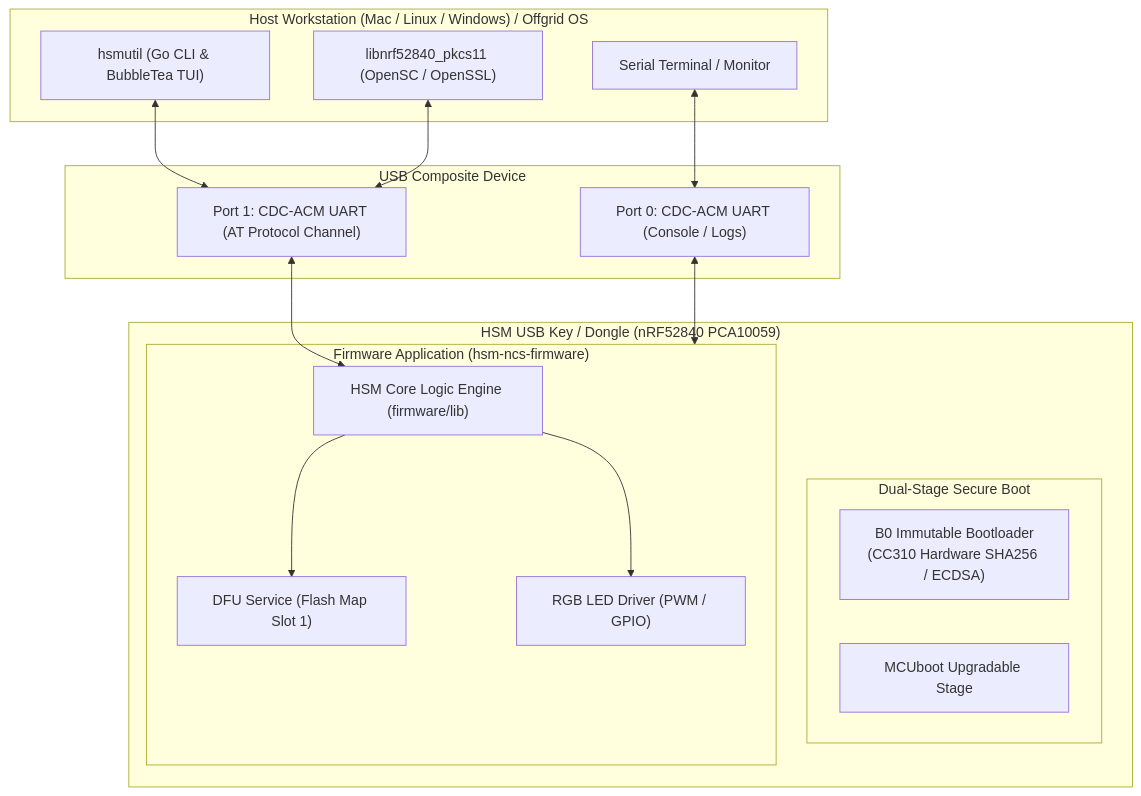
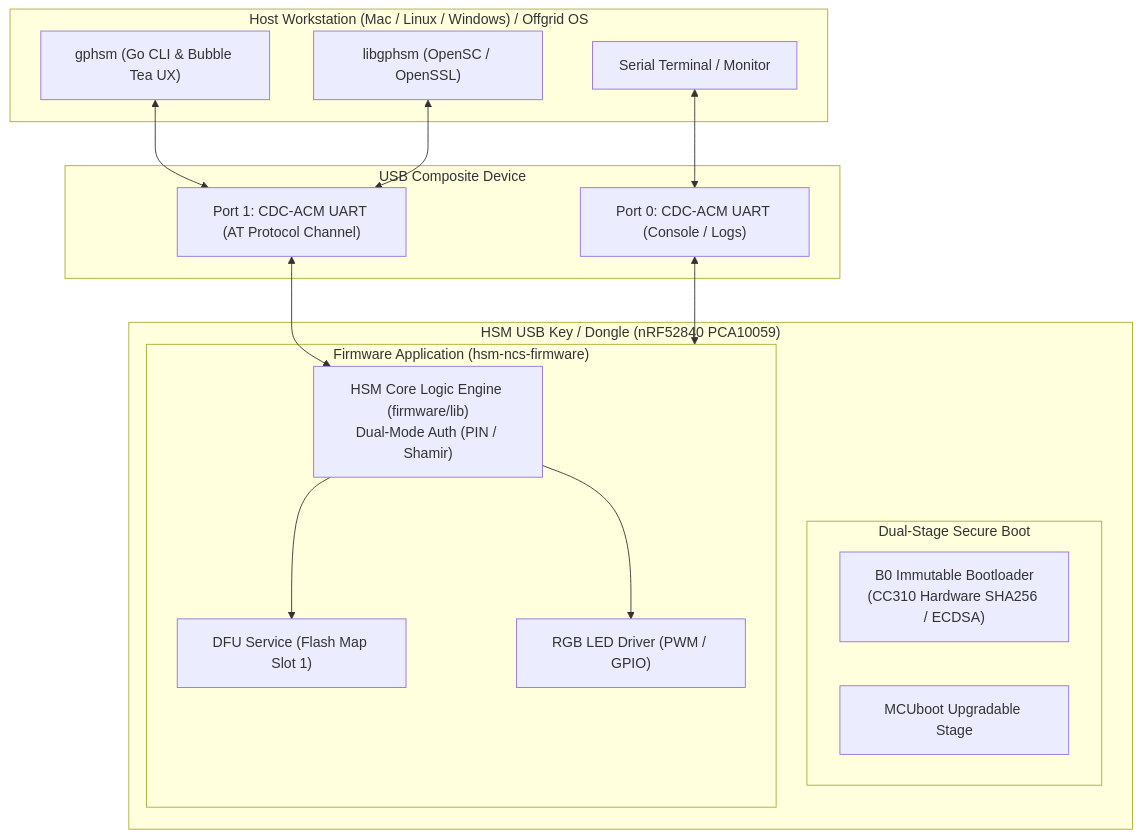
The diagram in Architecture/System Architecture.md (gpfister/hsm-obsidian), drawn with Mermaid before and after one commit. The commit also changed other lines of this file and 5 other files, not shown here.

Commit message:
docs(vault): pre-merge documentation synchronization for dual-mode auth, gphsm, and libgphsm

````diff
--- a/Architecture/System Architecture.md
+++ b/Architecture/System Architecture.md
@@ -14,34 +14,34 @@
 ```mermaid
 graph TD
     subgraph Host ["Host Workstation (Mac / Linux / Windows) / Offgrid OS"]
-        CLI["hsmutil (Go CLI & BubbleTea TUI)"]
-        PKCS11["libnrf52840_pkcs11 (OpenSC / OpenSSL)"]
+        CLI["gphsm (Go CLI & Bubble Tea UX)"]
+        PKCS11["libgphsm (OpenSC / OpenSSL)"]
         CONSOLE["Serial Terminal / Monitor"]
     end
 
     subgraph USB ["USB Composite Device"]
         CDC0["Port 0: CDC-ACM UART (Console / Logs)"]
         CDC1["Port 1: CDC-ACM UART (AT Protocol Channel)"]
     end
 
     subgraph Dongle ["HSM USB Key / Dongle (nRF52840 PCA10059)"]
         subgraph Boot ["Dual-Stage Secure Boot"]
             B0["B0 Immutable Bootloader\n(CC310 Hardware SHA256 / ECDSA)"]
             MCUBOOT["MCUboot Upgradable Stage"]
         end
 
         subgraph Firmware ["Firmware Application (hsm-ncs-firmware)"]
-            CORE["HSM Core Logic Engine (firmware/lib)"]
+            CORE["HSM Core Logic Engine (firmware/lib)\nDual-Mode Auth (PIN / Shamir)"]
             DFU["DFU Service (Flash Map Slot 1)"]
             LED["RGB LED Driver (PWM / GPIO)"]
         end
     end
 
     CONSOLE <--> CDC0
     CLI <--> CDC1
     PKCS11 <--> CDC1
     CDC0 <--> Firmware
     CDC1 <--> CORE
     CORE --> LED
     CORE --> DFU
 ```
````
